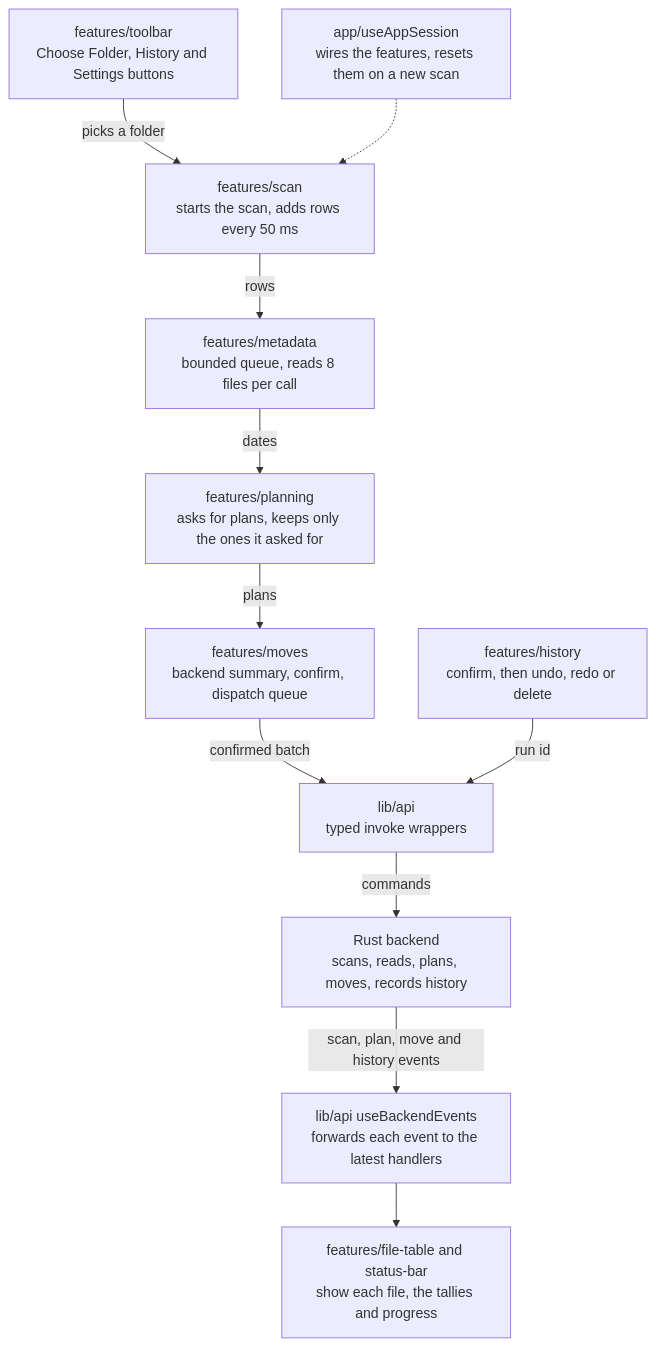
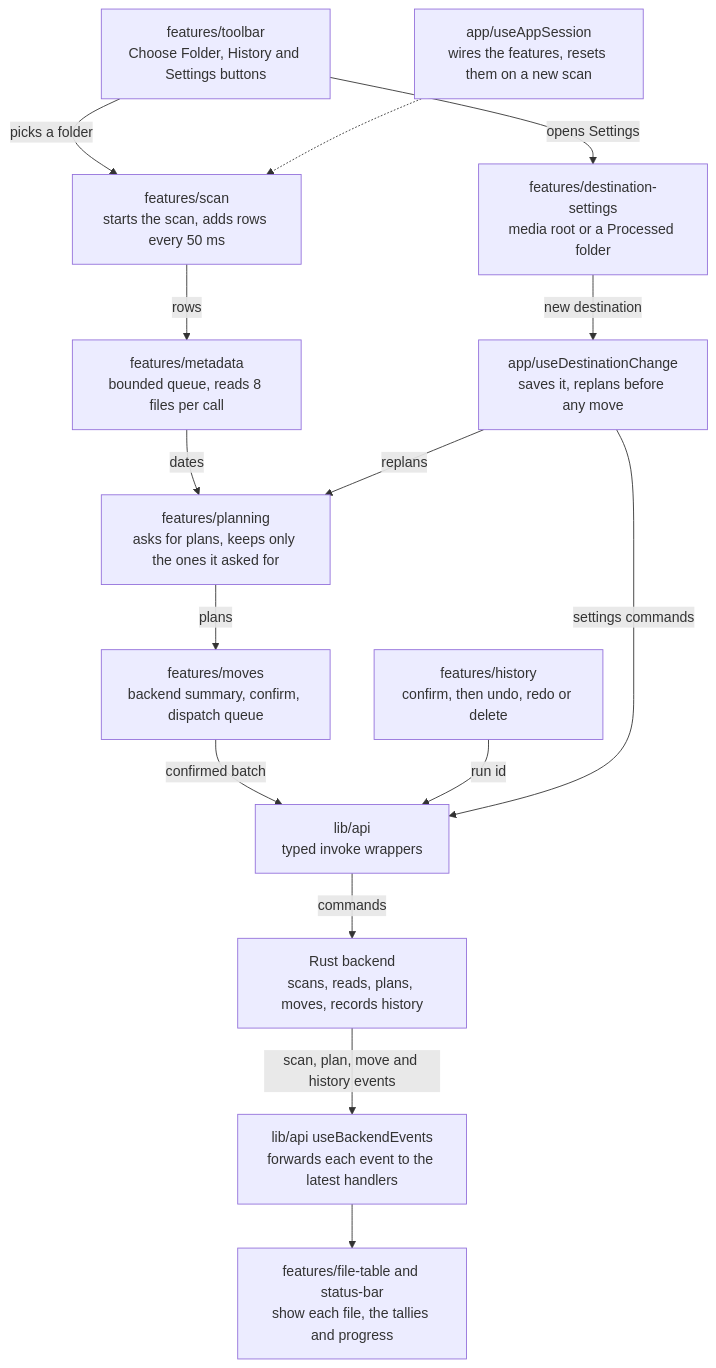
One commit to oleg-chibikov/media-organizer changed the second of 2 diagrams in src/README.md. Above: the diagram before and after it, drawn with Mermaid. The commit also changed other lines of this file and 4 other files, not shown here.

First line of the commit message:
docs: drop stale upstream links and cover the folder and destination flows

````diff
--- a/src/README.md
+++ b/src/README.md
@@ -64,13 +64,17 @@
 ```mermaid
 flowchart TD
   toolbar["features/toolbar<br/>Choose Folder, History and Settings buttons"] -->|picks a folder| scanHook
   session["app/useAppSession<br/>wires the features, resets them on a new scan"] -.-> scanHook
   scanHook["features/scan<br/>starts the scan, adds rows every 50 ms"] -->|rows| meta
   meta["features/metadata<br/>bounded queue, reads 8 files per call"] -->|dates| plan
   plan["features/planning<br/>asks for plans, keeps only the ones it asked for"] -->|plans| moves
   moves["features/moves<br/>backend summary, confirm, dispatch queue"] -->|confirmed batch| api
   history["features/history<br/>confirm, then undo, redo or delete"] -->|run id| api
+  toolbar -->|opens Settings| settings["features/destination-settings<br/>media root or a Processed folder"]
+  settings -->|new destination| destChange["app/useDestinationChange<br/>saves it, replans before any move"]
+  destChange -->|settings commands| api
+  destChange -->|replans| plan
   api["lib/api<br/>typed invoke wrappers"] -->|commands| backend["Rust backend<br/>scans, reads, plans, moves, records history"]
   backend -->|"scan, plan, move and history events"| events["lib/api useBackendEvents<br/>forwards each event to the latest handlers"]
   events --> ui["features/file-table and status-bar<br/>show each file, the tallies and progress"]
 ```
````
